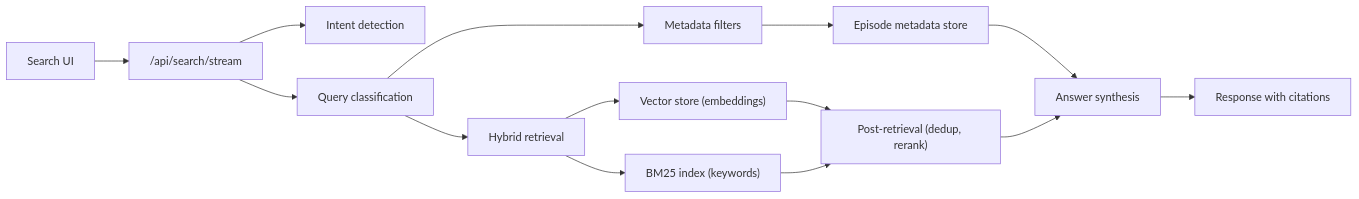
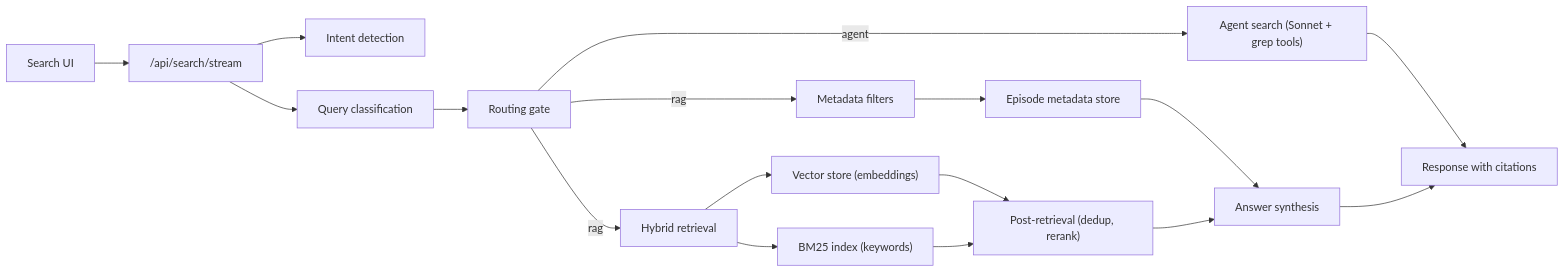
One commit to matthh/transcript-app changed the second of 2 diagrams in docs/query-journey.md. Above: the diagram before and after it, drawn with Mermaid. The commit also changed other lines of this file and 3 other files, not shown here.

First line of the commit message:
docs: update planv4/failure-modes/query-journey/rewrite for Phase 6 (agent search)

````diff
--- a/docs/query-journey.md
+++ b/docs/query-journey.md
@@ -31,16 +35,19 @@
 ```mermaid
 flowchart LR
   A["Search UI"] --> B["/api/search/stream"]
   B --> C["Intent detection"]
   B --> D["Query classification"]
-  D --> E["Metadata filters"]
-  D --> F["Hybrid retrieval"]
+  D --> R["Routing gate"]
+  R -- "agent" --> AG["Agent search (Sonnet + grep tools)"]
+  AG --> K["Response with citations"]
+  R -- "rag" --> E["Metadata filters"]
+  R -- "rag" --> F["Hybrid retrieval"]
   E --> G["Episode metadata store"]
   F --> H["Vector store (embeddings)"]
   F --> I["BM25 index (keywords)"]
   H --> L["Post-retrieval (dedup, rerank)"]
   I --> L
   G --> J["Answer synthesis"]
   L --> J
-  J --> K["Response with citations"]
+  J --> K
 ```
````
